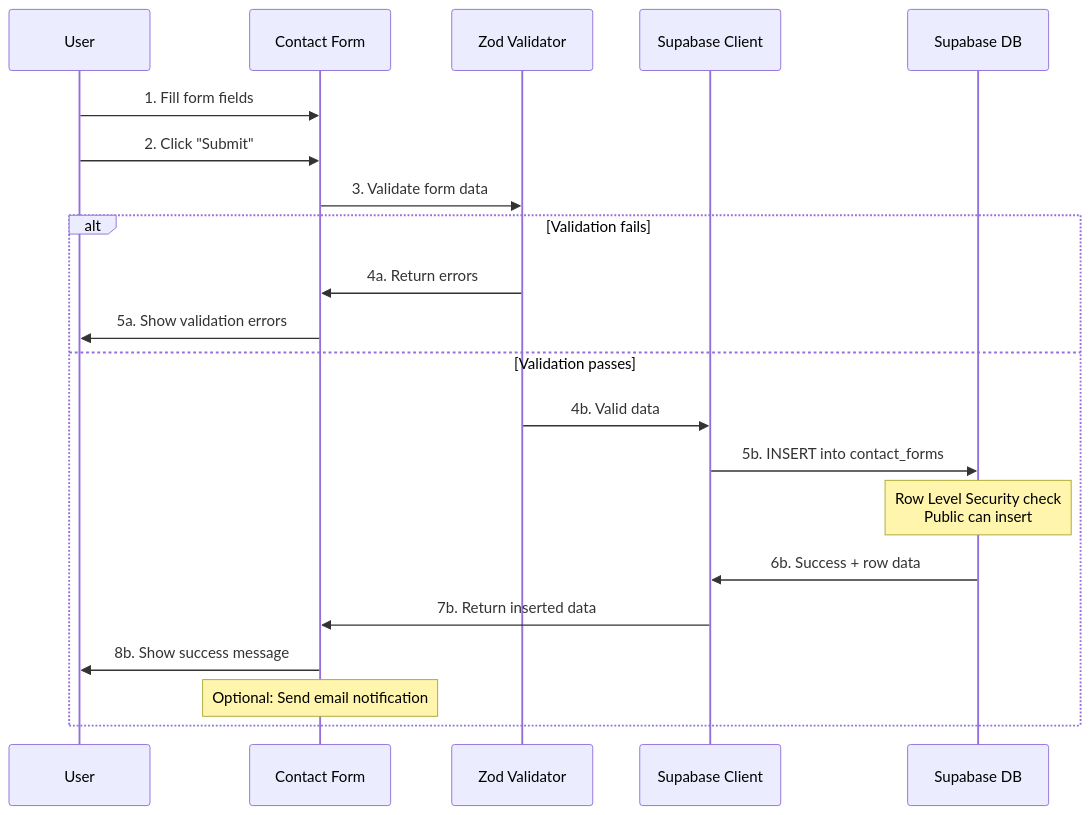
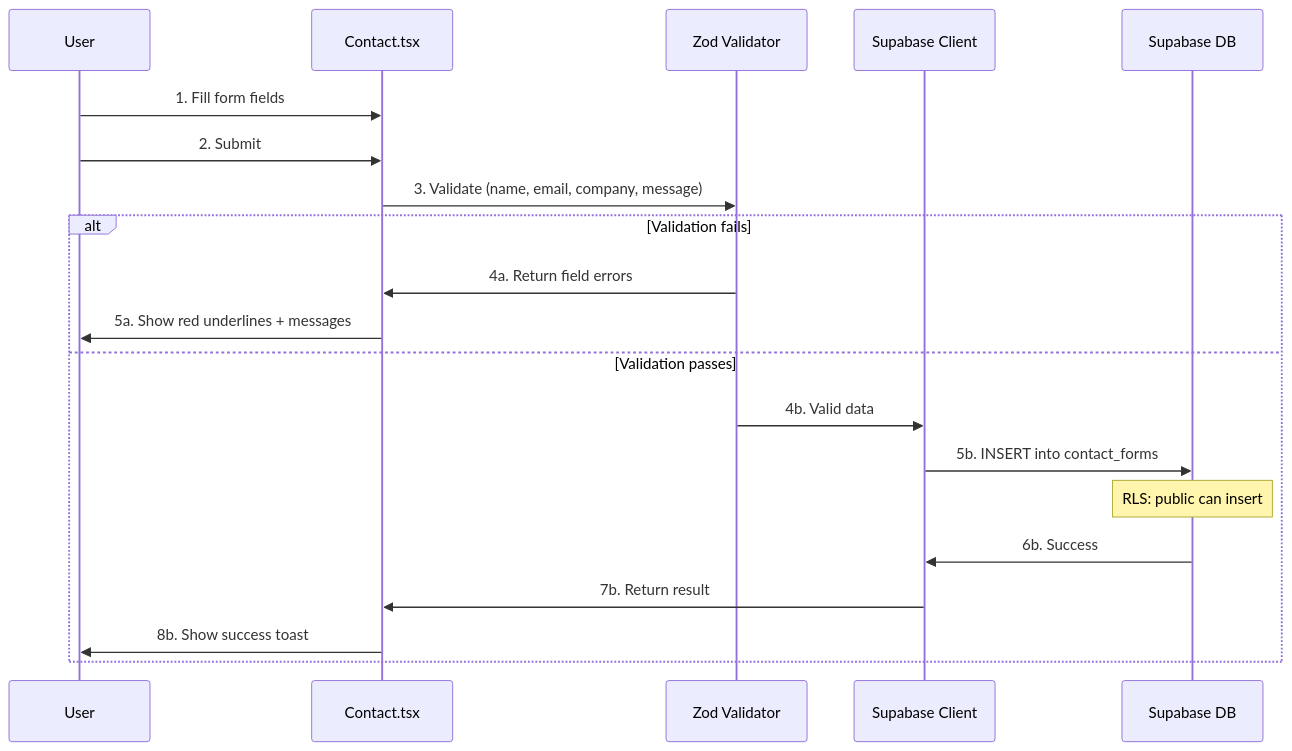
One commit to DreamLab-AI/dreamlab-ai-website changed the tenth of 18 diagrams in docs/architecture/DATA_FLOW.md. Above: the diagram before and after it, drawn with Mermaid. The commit also changed other lines of this file and 49 other files, not shown here.

````diff
--- a/docs/architecture/DATA_FLOW.md
+++ b/docs/architecture/DATA_FLOW.md
@@ -209,29 +295,24 @@
 ```mermaid
 sequenceDiagram
     participant U as User
-    participant Form as Contact Form
+    participant Form as Contact.tsx
     participant Zod as Zod Validator
-    participant Supabase as Supabase Client
+    participant Supa as Supabase Client
     participant DB as Supabase DB
 
     U->>Form: 1. Fill form fields
-    U->>Form: 2. Click "Submit"
+    U->>Form: 2. Submit
 
-    Form->>Zod: 3. Validate form data
-
+    Form->>Zod: 3. Validate (name, email, company, message)
     alt Validation fails
-        Zod->>Form: 4a. Return errors
-        Form->>U: 5a. Show validation errors
+        Zod->>Form: 4a. Return field errors
+        Form->>U: 5a. Show red underlines + messages
     else Validation passes
-        Zod->>Supabase: 4b. Valid data
-        Supabase->>DB: 5b. INSERT into contact_forms
-
-        Note over DB: Row Level Security check<br/>Public can insert
-
-        DB->>Supabase: 6b. Success + row data
-        Supabase->>Form: 7b. Return inserted data
-        Form->>U: 8b. Show success message
-
-        Note over Form: Optional: Send email notification
+        Zod->>Supa: 4b. Valid data
+        Supa->>DB: 5b. INSERT into contact_forms
+        Note over DB: RLS: public can insert
+        DB->>Supa: 6b. Success
+        Supa->>Form: 7b. Return result
+        Form->>U: 8b. Show success toast
     end
 ```
````
